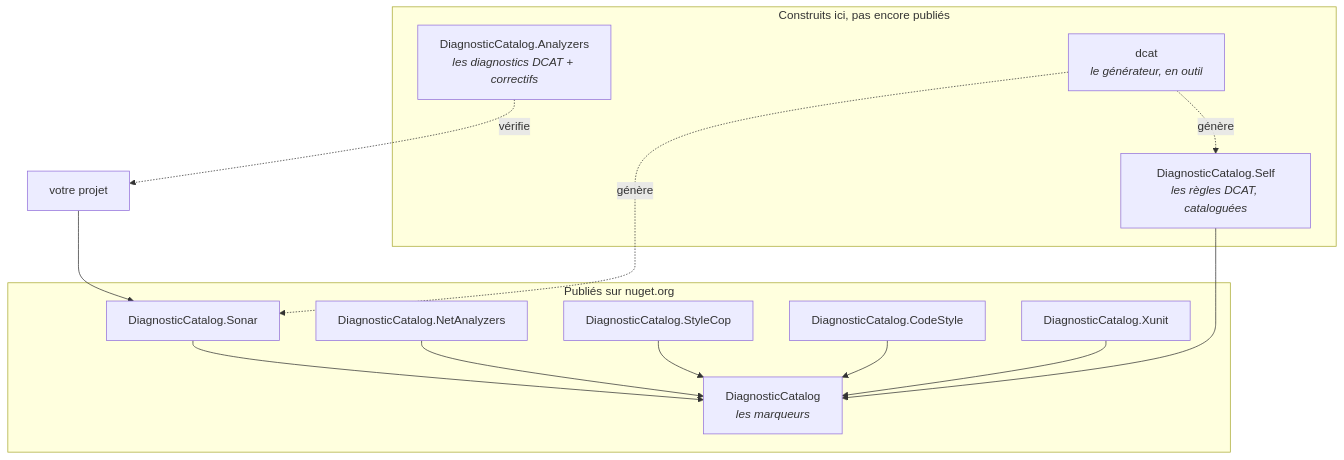
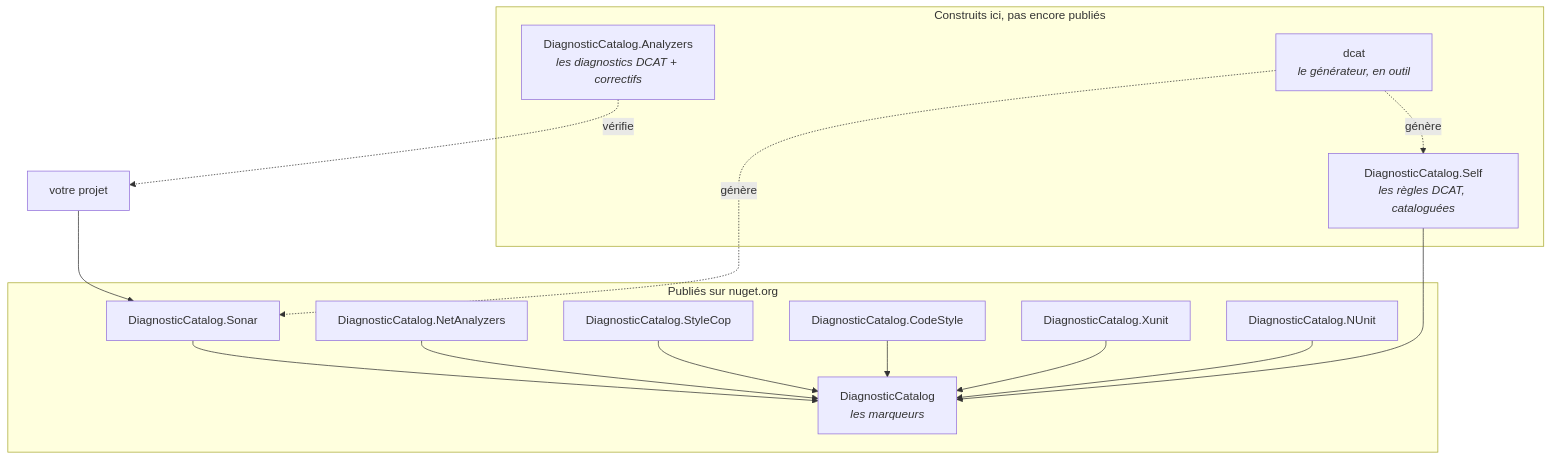
One commit to Reefact/diagnostic-catalog changed the second of 2 diagrams in doc/guide/concepts.fr.md. Above: the diagram before and after it, drawn with Mermaid. The commit also changed other lines of this file and 47 other files, not shown here.

````diff
--- a/doc/guide/concepts.fr.md
+++ b/doc/guide/concepts.fr.md
@@ -79,26 +79,28 @@
 ```mermaid
 flowchart TB
     subgraph PUB["Publiés sur nuget.org"]
         F["DiagnosticCatalog<br/><i>les marqueurs</i>"]
         S["DiagnosticCatalog.Sonar"]
         N["DiagnosticCatalog.NetAnalyzers"]
         T["DiagnosticCatalog.StyleCop"]
         CS["DiagnosticCatalog.CodeStyle"]
         XU["DiagnosticCatalog.Xunit"]
+        NU["DiagnosticCatalog.NUnit"]
         S --> F
         N --> F
         T --> F
         CS --> F
         XU --> F
+        NU --> F
     end
     subgraph SOON["Construits ici, pas encore publiés"]
         A["DiagnosticCatalog.Analyzers<br/><i>les diagnostics DCAT + correctifs</i>"]
         SELF["DiagnosticCatalog.Self<br/><i>les règles DCAT, cataloguées</i>"]
         CLI["dcat<br/><i>le générateur, en outil</i>"]
         SELF --> F
     end
     YOU["votre projet"] --> S
     A -. "vérifie" .-> YOU
     CLI -. "génère" .-> S
     CLI -. "génère" .-> SELF
 ```
````
